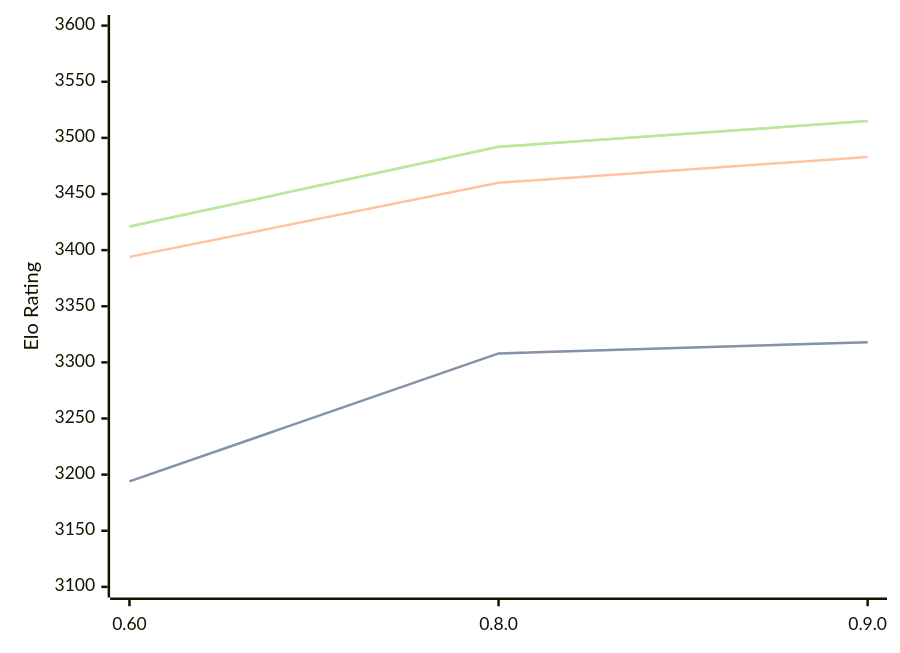
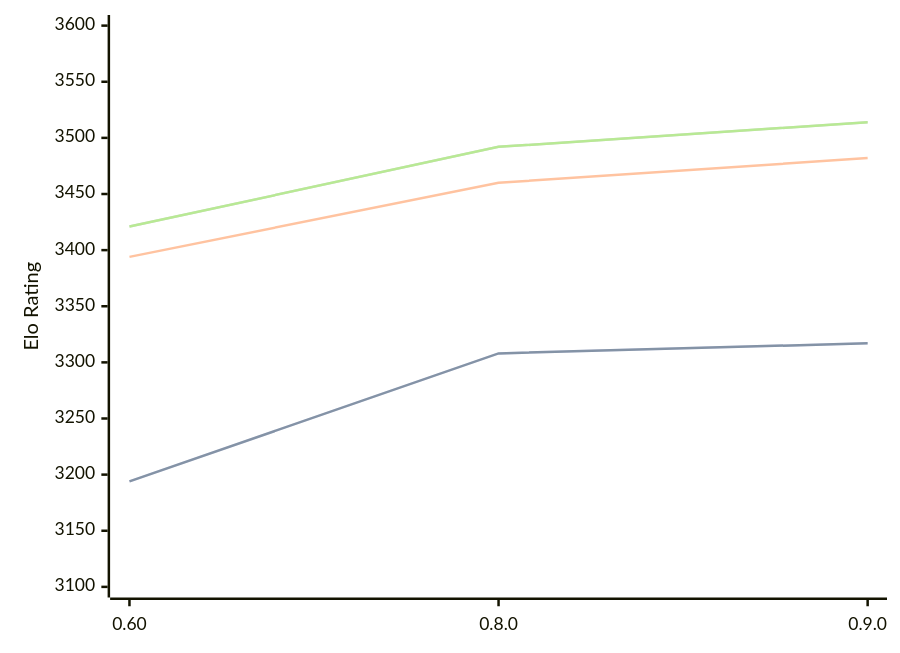
One commit to computer-chess-index/cci changed the third of 3 diagrams in engines/Motor.md. Above: the diagram before and after it, drawn with Mermaid. The commit also changed other lines of this file, not shown here.

Commit message:
Update CCI Ratings (ELO VLTC) - 2026-06-20

````diff
--- a/engines/Motor.md
+++ b/engines/Motor.md
@@ -72,11 +72,11 @@
 ```mermaid
 %%{init: {"theme":"base","themeVariables":{"seriesColors:['#a3a3a3','#222221','#faa371']}}}%%
 xychart-beta
   x-axis ["0.60", "0.8.0", "0.9.0"]
   y-axis "Elo Rating" 3100 --> 3600
-  line "STC (8.0+0.08s)" [3194, 3308, 3318]
-  line "STC (8.0+0.08s)" [3194, 3308, 3318]
-  line "LTC (60.0+0.60s)" [3394, 3460, 3483]
-  line "VLTC (2m24s+1.12s)" [3421, 3492, 3515]
-  line "VLTC (2m24s+1.12s)" [3421, 3492, 3515]
+  line "STC (8.0+0.08s)" [3194, 3308, 3317]
+  line "STC (8.0+0.08s)" [3194, 3308, 3317]
+  line "LTC (60.0+0.60s)" [3394, 3460, 3482]
+  line "VLTC (2m24s+1.12s)" [3421, 3492, 3514]
+  line "VLTC (2m24s+1.12s)" [3421, 3492, 3514]
 ```
````
